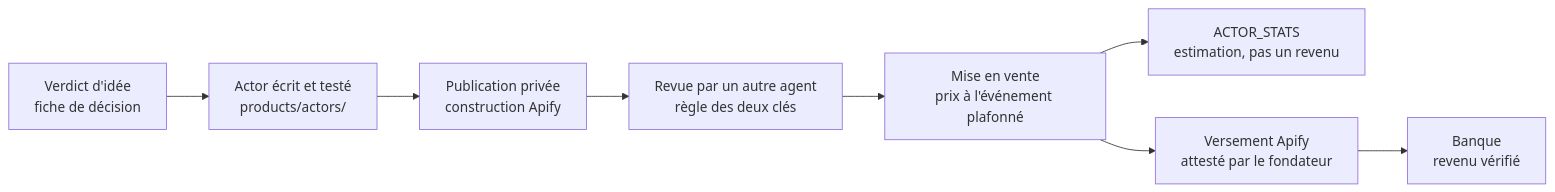
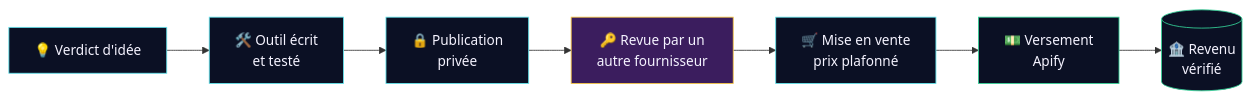
Before and after one commit to mboyer1269-pixel/GlobalLand.si: the second of 2 diagrams in README.md, drawn with Mermaid. The commit also changed other lines of this file, not shown here.

First line of the commit message:
docs(readme): refonte visuelle et mise à jour au 1er novembre

````diff
--- a/README.md
+++ b/README.md
@@ -83,10 +150,16 @@
 ```mermaid
 flowchart LR
-    Idee["Verdict d'idée<br/>fiche de décision"] --> Code["Actor écrit et testé<br/>products/actors/"]
-    Code --> Prive["Publication privée<br/>construction Apify"]
-    Prive --> Revue["Revue par un autre agent<br/>règle des deux clés"]
-    Revue --> Vente["Mise en vente<br/>prix à l'événement plafonné"]
-    Vente --> Stats["ACTOR_STATS<br/>estimation, pas un revenu"]
-    Vente --> Versement["Versement Apify<br/>attesté par le fondateur"]
-    Versement --> Banque["Banque<br/>revenu vérifié"]
+    A["💡 Verdict d'idée"] --> B["🛠️ Outil écrit<br/>et testé"]
+    B --> C["🔒 Publication<br/>privée"]
+    C --> D["🔑 Revue par un<br/>autre fournisseur"]
+    D --> E["🛒 Mise en vente<br/>prix plafonné"]
+    E --> F["💵 Versement<br/>Apify"]
+    F --> G[("🏦 Revenu<br/>vérifié")]
+
+    classDef step fill:#0b1024,stroke:#62e4ed,color:#f5f3ff
+    classDef key fill:#3b1d5e,stroke:#f5c542,color:#f5f3ff
+    classDef money fill:#0b1024,stroke:#34d399,color:#f5f3ff
+    class A,B,C,E step
+    class D key
+    class F,G money
 ```
````
